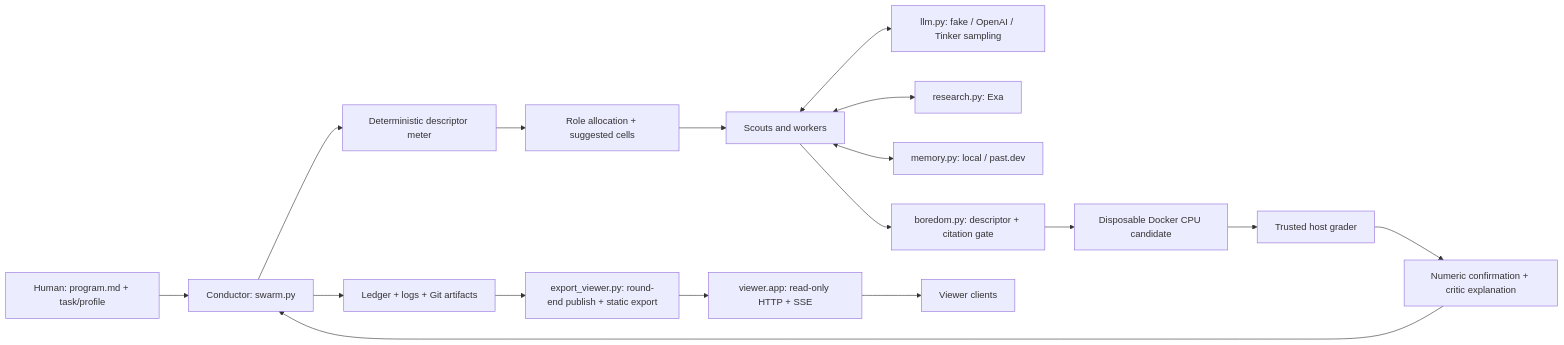
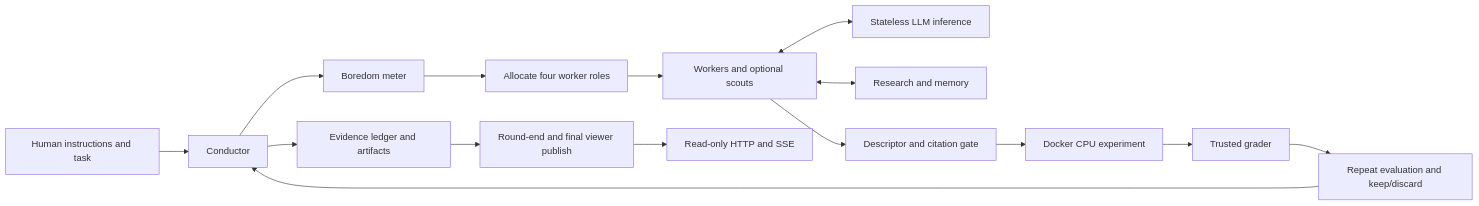
The first of 4 diagrams in README.md (arii/caffeinated), drawn with Mermaid before and after one commit. The commit also changed other lines of this file and 1 other file, not shown here.

Commit message:
docs: explain boredom foundations and express meter in LaTeX

````diff
--- a/README.md
+++ b/README.md
@@ -37,19 +17,17 @@
 ```mermaid
 flowchart LR
-  H[Human: program.md + task/profile] --> C[Conductor: swarm.py]
-  C --> M[Deterministic descriptor meter]
-  M --> R[Role allocation + suggested cells]
-  R --> W[Scouts and workers]
-  W <--> L[llm.py: fake / OpenAI / Tinker sampling]
-  W <--> E[research.py: Exa]
-  W <--> P[memory.py: local / past.dev]
-  W --> G[boredom.py: descriptor + citation gate]
-  G --> D[Disposable Docker CPU candidate]
-  D --> T[Trusted host grader]
-  T --> K[Numeric confirmation + critic explanation]
+  H[Human instructions and task] --> C[Conductor]
+  C --> B[Boredom meter]
+  B --> R[Allocate four worker roles]
+  R --> W[Workers and optional scouts]
+  W <--> L[Stateless LLM inference]
+  W <--> G[Research and memory]
+  W --> N[Descriptor and citation gate]
+  N --> E[Docker CPU experiment]
+  E --> T[Trusted grader]
+  T --> K[Repeat evaluation and keep/discard]
   K --> C
-  C --> A[Ledger + logs + Git artifacts]
-  A --> V[export_viewer.py: round-end publish + static export]
-  V --> API[viewer.app: read-only HTTP + SSE]
-  API --> UI[Viewer clients]
+  C --> A[Evidence ledger and artifacts]
+  A --> P[Round-end and final viewer publish]
+  P --> V[Read-only HTTP and SSE]
 ```
````
